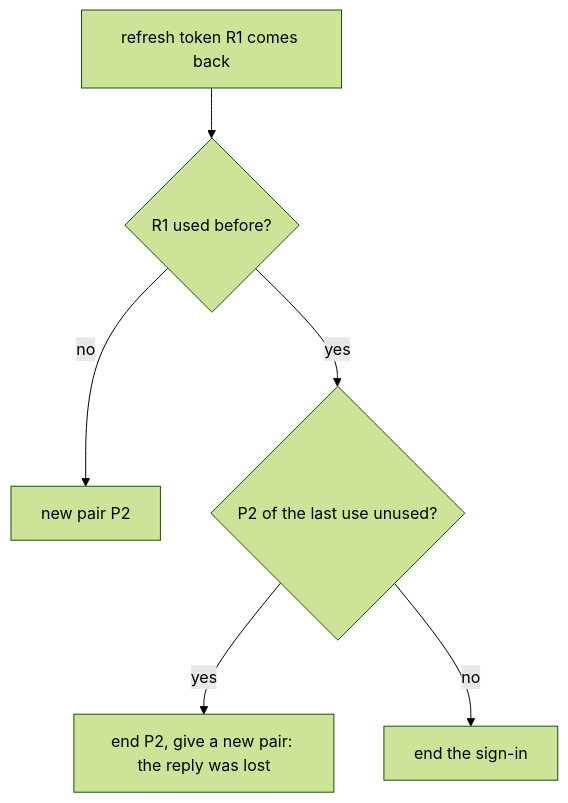
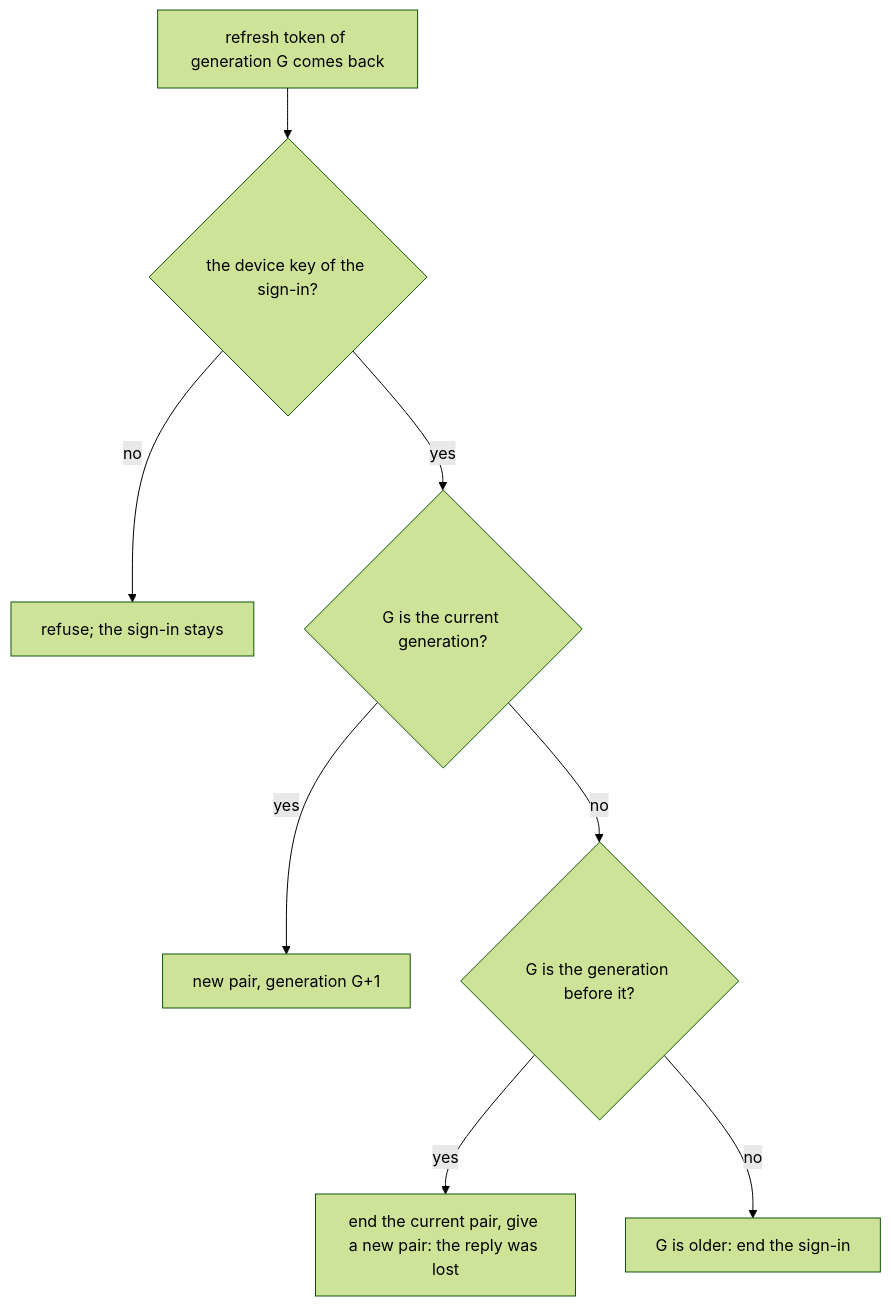
Before and after one commit to como-technologies/riff: the tenth of 42 diagrams in docs/src/how-it-works.md, drawn with Mermaid (forest theme). The commit also changed other lines of this file and 13 other files, not shown here.

````diff
--- a/docs/src/how-it-works.md
+++ b/docs/src/how-it-works.md
@@ -545,8 +552,10 @@
 ```mermaid
 flowchart TD
-    R[refresh token R1 comes back] --> U{R1 used before?}
-    U -- no --> N[new pair P2]
-    U -- yes --> L{P2 of the last use unused?}
-    L -- yes --> G[end P2, give a new pair: the reply was lost]
-    L -- no --> E[end the sign-in]
+    R[refresh token of generation G comes back] --> K{the device key of the sign-in?}
+    K -- no --> W[refuse; the sign-in stays]
+    K -- yes --> C{G is the current generation?}
+    C -- yes --> N[new pair, generation G+1]
+    C -- no --> L{G is the generation before it?}
+    L -- yes --> P[end the current pair, give a new pair: the reply was lost]
+    L -- no --> E[G is older: end the sign-in]
 ```
````
